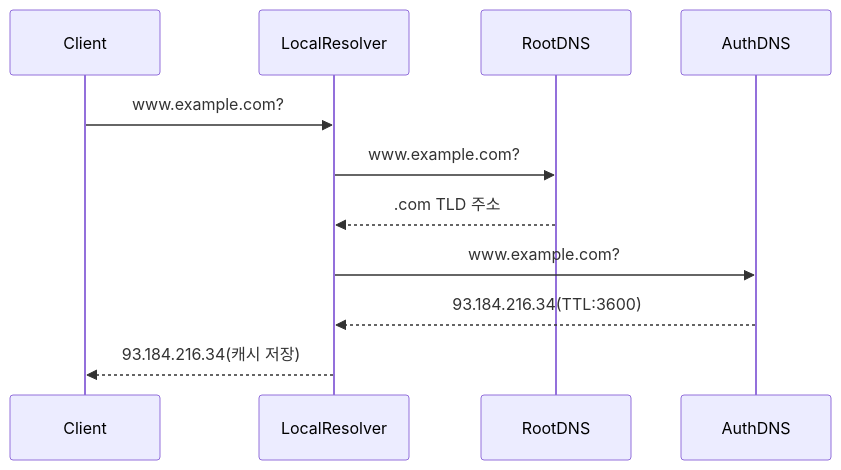
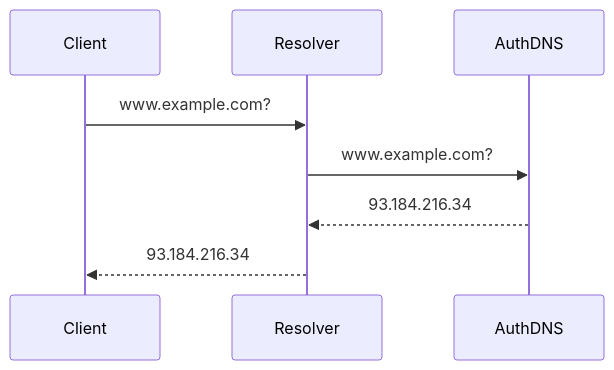
Before and after one commit to yjkim2015/yjkim2015.github.io: the second of 4 diagrams in _posts/network/2026-05-01-dns.md, drawn with Mermaid. The commit also changed other lines of this file and 155 other files, not shown here.

First line of the commit message:
Mermaid 전면 수정: subgraph 제거, participant/노드/줄수 축소 (342블록)

````diff
--- a/_posts/network/2026-05-01-dns.md
+++ b/_posts/network/2026-05-01-dns.md
@@ -48,13 +48,10 @@
 ```mermaid
 sequenceDiagram
     participant C as Client
-    participant LR as LocalResolver
-    participant Root as RootDNS
+    participant LR as Resolver
     participant Auth as AuthDNS
     C->>LR: www.example.com?
-    LR->>Root: www.example.com?
-    Root-->>LR: .com TLD 주소
     LR->>Auth: www.example.com?
-    Auth-->>LR: 93.184.216.34(TTL:3600)
-    LR-->>C: 93.184.216.34(캐시 저장)
+    Auth-->>LR: 93.184.216.34
+    LR-->>C: 93.184.216.34
 ```
````
